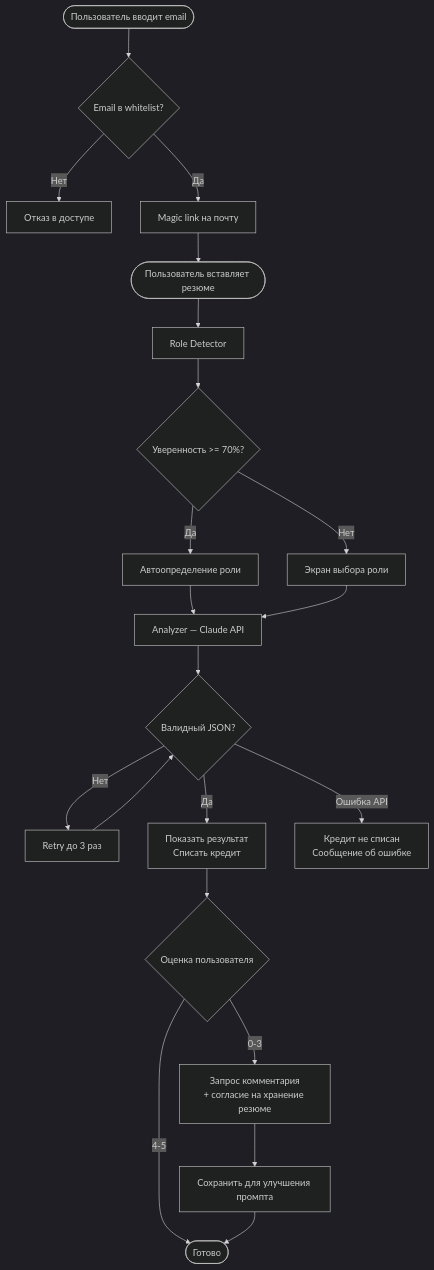
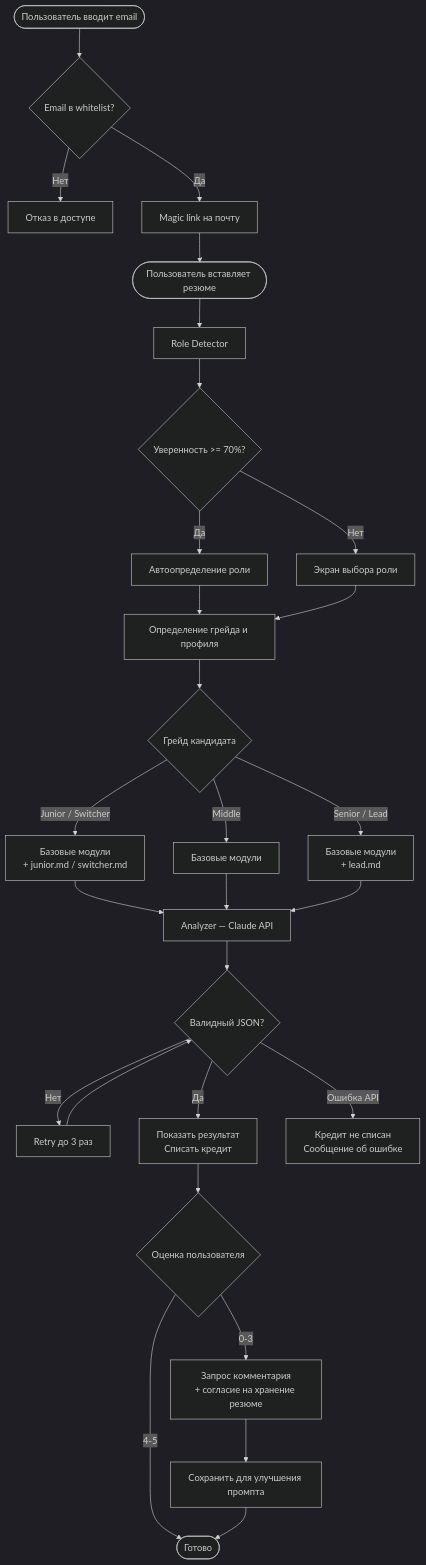
One commit to mawer198735/resume-roaster-demo changed the diagram in README.md. Above: the diagram before and after it, drawn with Mermaid (dark theme).

Commit message:
Add grade and prompt module logic to flow diagram

````diff
--- a/README.md
+++ b/README.md
@@ -58,23 +58,30 @@
 ```mermaid
 flowchart TD
     A([Пользователь вводит email]) --> B{Email в whitelist?}
     B -- Нет --> C[Отказ в доступе]
     B -- Да --> D[Magic link на почту]
     D --> E([Пользователь вставляет резюме])
     E --> F[Role Detector]
     F --> G{Уверенность >= 70%?}
     G -- Да --> H[Автоопределение роли]
     G -- Нет --> I[Экран выбора роли]
-    H --> J[Analyzer — Claude API]
+    H --> J[Определение грейда и профиля]
     I --> J
-    J --> K{Валидный JSON?}
-    K -- Нет --> L[Retry до 3 раз]
-    L --> K
-    K -- Да --> M[Показать результат\nСписать кредит]
-    K -- Ошибка API --> N[Кредит не списан\nСообщение об ошибке]
-    M --> O{Оценка пользователя}
-    O -- 4-5 --> P([Готово])
-    O -- 0-3 --> Q[Запрос комментария\n+ согласие на хранение резюме]
-    Q --> R[Сохранить для улучшения промпта]
-    R --> P
+    J --> K{Грейд кандидата}
+    K -- Junior / Switcher --> L[Базовые модули\n+ junior.md / switcher.md]
+    K -- Middle --> M[Базовые модули]
+    K -- Senior / Lead --> N[Базовые модули\n+ lead.md]
+    L --> O[Analyzer — Claude API]
+    M --> O
+    N --> O
+    O --> P{Валидный JSON?}
+    P -- Нет --> Q[Retry до 3 раз]
+    Q --> P
+    P -- Да --> R[Показать результат\nСписать кредит]
+    P -- Ошибка API --> S[Кредит не списан\nСообщение об ошибке]
+    R --> T{Оценка пользователя}
+    T -- 4-5 --> U([Готово])
+    T -- 0-3 --> V[Запрос комментария\n+ согласие на хранение резюме]
+    V --> W[Сохранить для улучшения промпта]
+    W --> U
 ```
````
